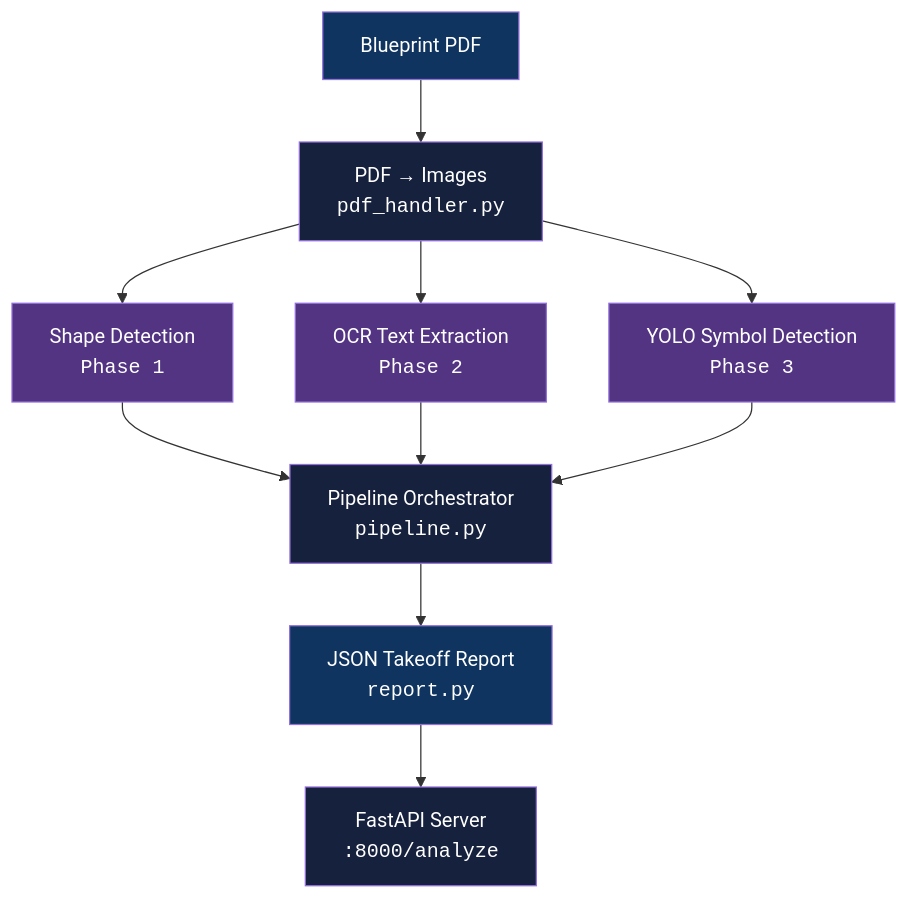
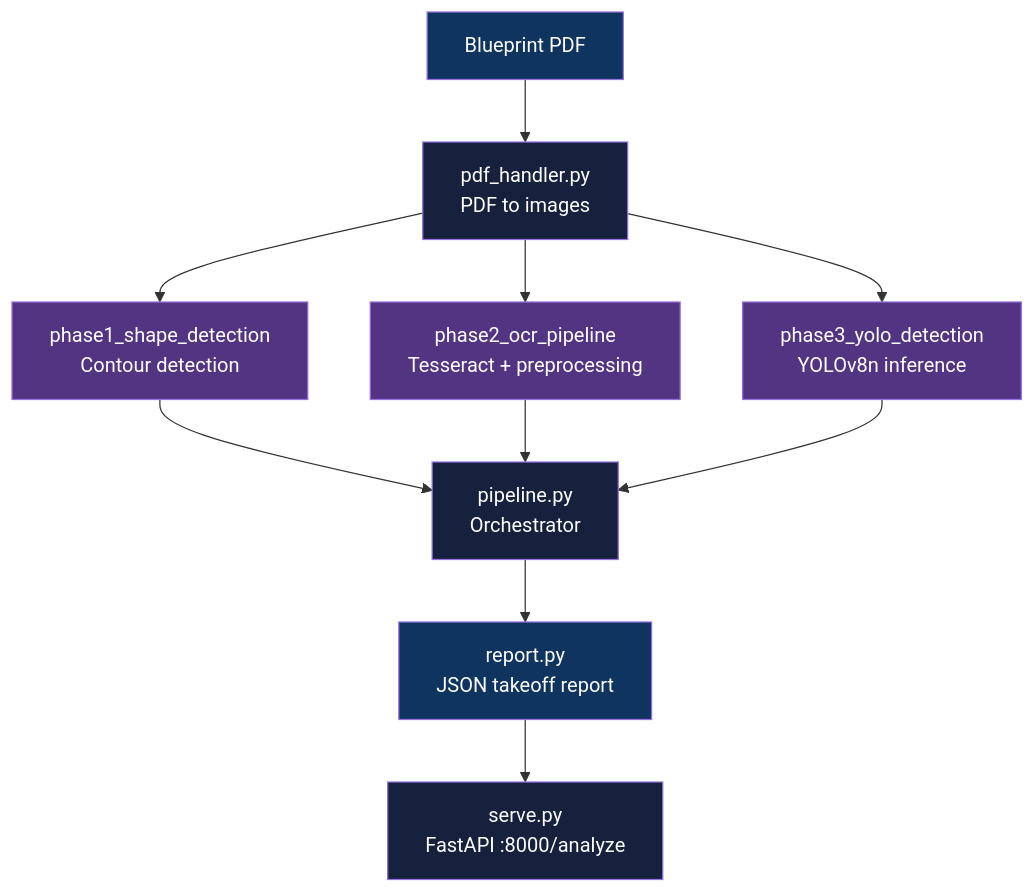
The diagram in README.md (adityonugrohoid/cv-pipeline), drawn with Mermaid before and after one commit. The commit also changed other lines of this file and 3 other files, not shown here.

````diff
--- a/README.md
+++ b/README.md
@@ -40,24 +72,24 @@
 ```mermaid
 graph TD
-    PDF["Blueprint PDF"] --> CONVERT["PDF → Images<br/><code>pdf_handler.py</code>"]
+    PDF["Blueprint PDF"] --> CONVERT["pdf_handler.py<br/>PDF to images"]
 
-    CONVERT --> S["Shape Detection<br/><code>Phase 1</code>"]
-    CONVERT --> T["OCR Text Extraction<br/><code>Phase 2</code>"]
-    CONVERT --> Y["YOLO Symbol Detection<br/><code>Phase 3</code>"]
+    CONVERT --> S["phase1_shape_detection<br/>Contour detection"]
+    CONVERT --> T["phase2_ocr_pipeline<br/>Tesseract + preprocessing"]
+    CONVERT --> Y["phase3_yolo_detection<br/>YOLOv8n inference"]
 
-    S --> MERGE["Pipeline Orchestrator<br/><code>pipeline.py</code>"]
+    S --> MERGE["pipeline.py<br/>Orchestrator"]
     T --> MERGE
     Y --> MERGE
 
-    MERGE --> REPORT["JSON Takeoff Report<br/><code>report.py</code>"]
-    REPORT --> API["FastAPI Server<br/><code>:8000/analyze</code>"]
+    MERGE --> REPORT["report.py<br/>JSON takeoff report"]
+    REPORT --> API["serve.py<br/>FastAPI :8000/analyze"]
 
     style PDF fill:#0f3460,color:#fff
     style CONVERT fill:#16213e,color:#fff
     style S fill:#533483,color:#fff
     style T fill:#533483,color:#fff
     style Y fill:#533483,color:#fff
     style MERGE fill:#16213e,color:#fff
     style REPORT fill:#0f3460,color:#fff
     style API fill:#16213e,color:#fff
 ```
````
